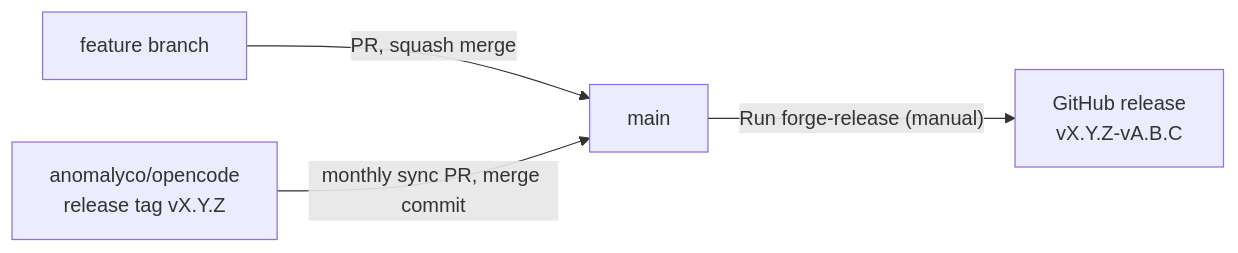
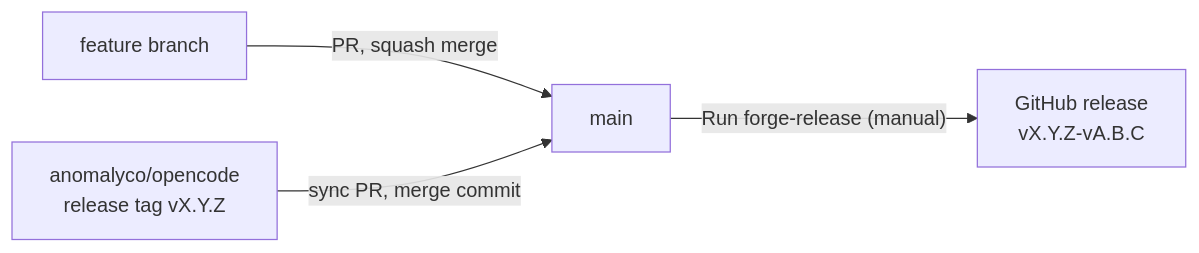
The diagram in MAINTAINING.md (divyanshusingh2903/forge), drawn with Mermaid before and after one commit. The commit also changed other lines of this file and 9734 other files, not shown here.

````diff
--- a/MAINTAINING.md
+++ b/MAINTAINING.md
@@ -5,6 +5,6 @@
 ```mermaid
 flowchart LR
   feature["feature branch"] -- "PR, squash merge" --> main
-  upstream["anomalyco/opencode<br/>release tag vX.Y.Z"] -- "monthly sync PR, merge commit" --> main
+  upstream["anomalyco/opencode<br/>release tag vX.Y.Z"] -- "sync PR, merge commit" --> main
   main -- "Run forge-release (manual)" --> release["GitHub release<br/>vX.Y.Z-vA.B.C"]
 ```
````
